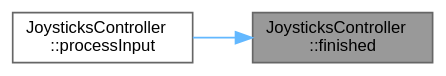
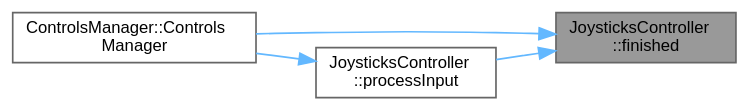
Before and after one commit to SEAME-pt/2024-2025-HotWheels: the diagram in docs/classJoysticksController_ad065a02230d5d45dda7bb3b33a3dc6c3_icgraph.dot, drawn with Graphviz. The commit also changed 1261 other files, not shown here.

```diff
--- a/docs/classJoysticksController_ad065a02230d5d45dda7bb3b33a3dc6c3_icgraph.dot
+++ b/docs/classJoysticksController_ad065a02230d5d45dda7bb3b33a3dc6c3_icgraph.dot
@@ -1,11 +1,14 @@
 digraph "JoysticksController::finished"
 {
  // LATEX_PDF_SIZE
   bgcolor="transparent";
   edge [fontname=Helvetica,fontsize=10,labelfontname=Helvetica,labelfontsize=10];
   node [fontname=Helvetica,fontsize=10,shape=box,height=0.2,width=0.4];
   rankdir="RL";
   Node1 [id="Node000001",label="JoysticksController\l::finished",height=0.2,width=0.4,color="gray40", fillcolor="grey60", style="filled", fontcolor="black",tooltip=" "];
   Node1 -> Node2 [id="edge1_Node000001_Node000002",dir="back",color="steelblue1",style="solid",tooltip=" "];
-  Node2 [id="Node000002",label="JoysticksController\l::processInput",height=0.2,width=0.4,color="grey40", fillcolor="white", style="filled",URL="$classJoysticksController.html#aaa71502b42d13353d35c9a6f35789209",tooltip="Runs the joystick controller loop."];
+  Node2 [id="Node000002",label="ControlsManager::Controls\lManager",height=0.2,width=0.4,color="grey40", fillcolor="white", style="filled",URL="$classControlsManager.html#ad305d285479c3ce10e8a7eb70845db5f",tooltip="Constructs a ControlsManager object."];
+  Node1 -> Node3 [id="edge2_Node000001_Node000003",dir="back",color="steelblue1",style="solid",tooltip=" "];
+  Node3 [id="Node000003",label="JoysticksController\l::processInput",height=0.2,width=0.4,color="grey40", fillcolor="white", style="filled",URL="$classJoysticksController.html#aaa71502b42d13353d35c9a6f35789209",tooltip="Runs the joystick controller loop."];
+  Node3 -> Node2 [id="edge3_Node000003_Node000002",dir="back",color="steelblue1",style="solid",tooltip=" "];
 }
```
